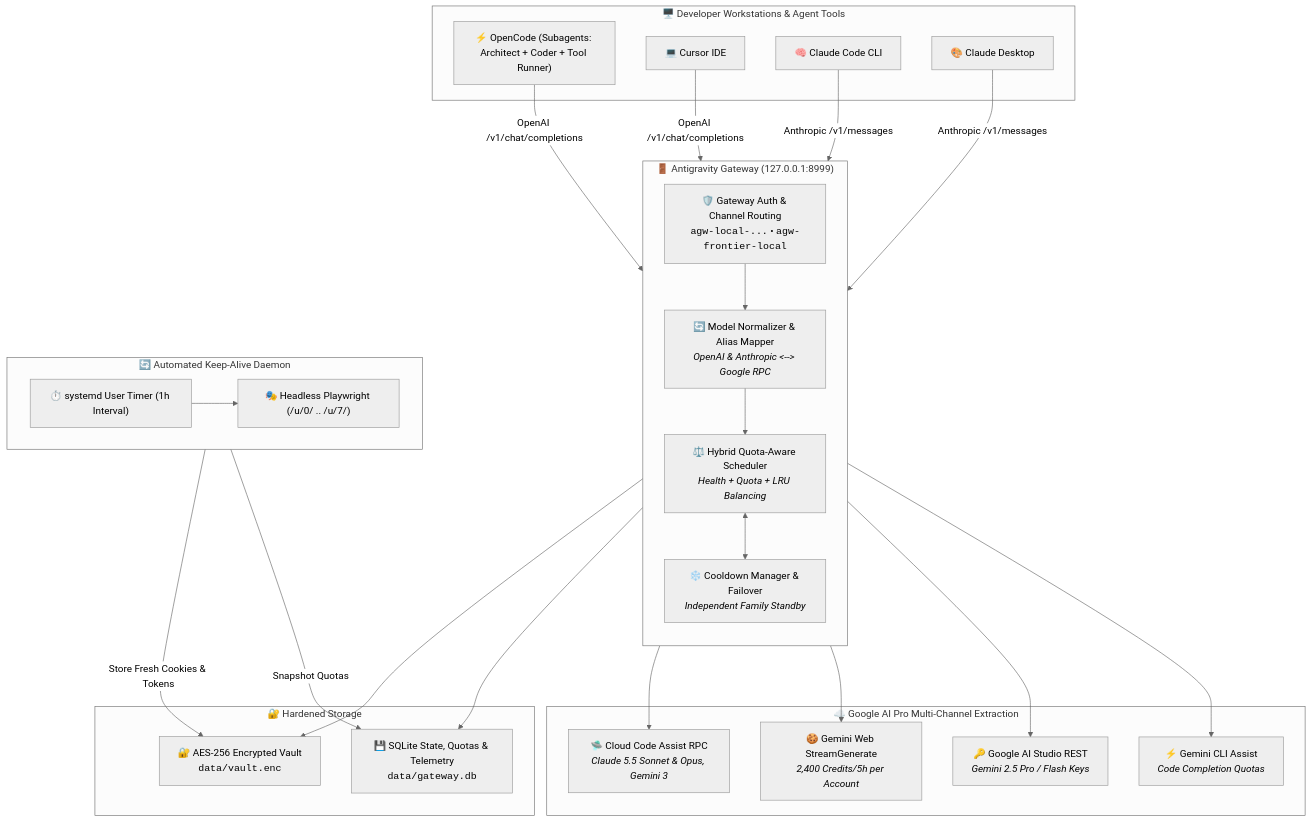
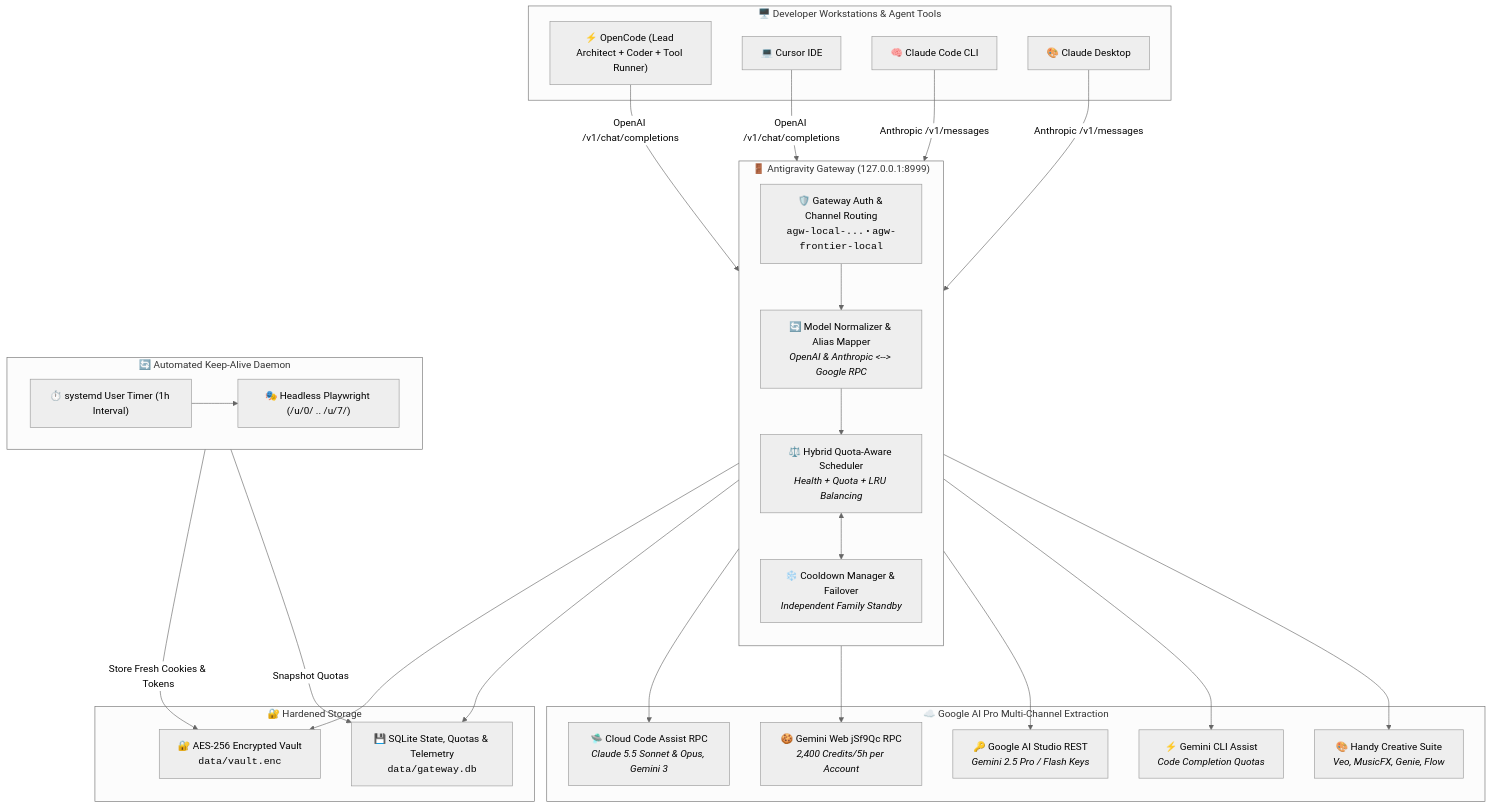
The diagram in README.md (RareBat47/antigravity-gateway), drawn with Mermaid (neutral theme) before and after one commit. The commit also changed other lines of this file, not shown here.

Commit message:
docs: comprehensive README update documenting jSf9Qc extraction, 5-way quota matrix, and OpenCode token compactor

````diff
--- a/README.md
+++ b/README.md
@@ -60,54 +70,56 @@
 ```mermaid
 flowchart TD
     subgraph Clients["🖥️ Developer Workstations & Agent Tools"]
-        OpenCode["⚡ OpenCode (Subagents: Architect + Coder + Tool Runner)"]
+        OpenCode["⚡ OpenCode (Lead Architect + Coder + Tool Runner)"]
         Cursor["💻 Cursor IDE"]
         ClaudeCode["🧠 Claude Code CLI"]
         Desktop["🎨 Claude Desktop"]
     end
 
     subgraph Gateway["🚪 Antigravity Gateway (127.0.0.1:8999)"]
         direction TB
         Auth["🛡️ Gateway Auth & Channel Routing<br/><code>agw-local-...</code> • <code>agw-frontier-local</code>"]
         Registry["🔄 Model Normalizer & Alias Mapper<br/><i>OpenAI & Anthropic &lt;--&gt; Google RPC</i>"]
         Scheduler["⚖️ Hybrid Quota-Aware Scheduler<br/><i>Health + Quota + LRU Balancing</i>"]
         Cooldown["❄️ Cooldown Manager & Failover<br/><i>Independent Family Standby</i>"]
     end
 
     subgraph AutoKeeper["🔄 Automated Keep-Alive Daemon"]
         Playwright["🎭 Headless Playwright (/u/0/ .. /u/7/)"]
         Timer["⏱️ systemd User Timer (1h Interval)"]
         Timer --> Playwright
     end
 
     subgraph Storage["🔐 Hardened Storage"]
         Vault["🔐 AES-256 Encrypted Vault<br/><code>data/vault.enc</code>"]
         DB["💾 SQLite State, Quotas & Telemetry<br/><code>data/gateway.db</code>"]
     end
 
     subgraph Upstream["☁️ Google AI Pro Multi-Channel Extraction"]
         OAuth["🛸 Cloud Code Assist RPC<br/><i>Claude 5.5 Sonnet & Opus, Gemini 3</i>"]
-        WebSession["🍪 Gemini Web StreamGenerate<br/><i>2,400 Credits/5h per Account</i>"]
+        WebSession["🍪 Gemini Web jSf9Qc RPC<br/><i>2,400 Credits/5h per Account</i>"]
         Studio["🔑 Google AI Studio REST<br/><i>Gemini 2.5 Pro / Flash Keys</i>"]
         CLI["⚡ Gemini CLI Assist<br/><i>Code Completion Quotas</i>"]
+        Handy["🎨 Handy Creative Suite<br/><i>Veo, MusicFX, Genie, Flow</i>"]
     end
 
     OpenCode -->|OpenAI /v1/chat/completions| Auth
     Cursor -->|OpenAI /v1/chat/completions| Auth
     ClaudeCode -->|Anthropic /v1/messages| Auth
     Desktop -->|Anthropic /v1/messages| Auth
 
     Auth --> Registry
     Registry --> Scheduler
     Scheduler <--> Cooldown
     Scheduler --> Vault
     Scheduler --> DB
 
     AutoKeeper -->|Store Fresh Cookies & Tokens| Vault
     AutoKeeper -->|Snapshot Quotas| DB
 
     Scheduler --> OAuth
     Scheduler --> WebSession
     Scheduler --> Studio
     Scheduler --> CLI
+    Scheduler --> Handy
 ```
````
